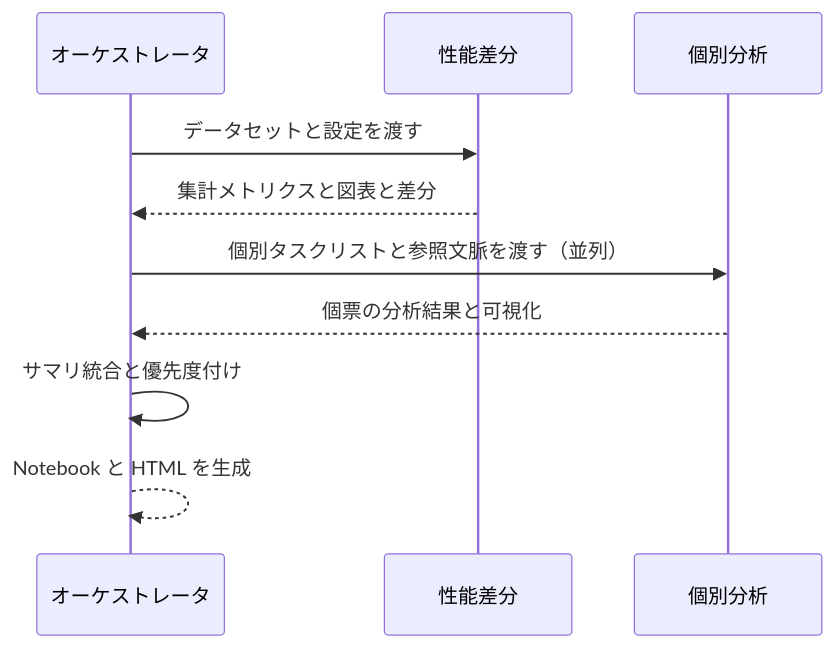
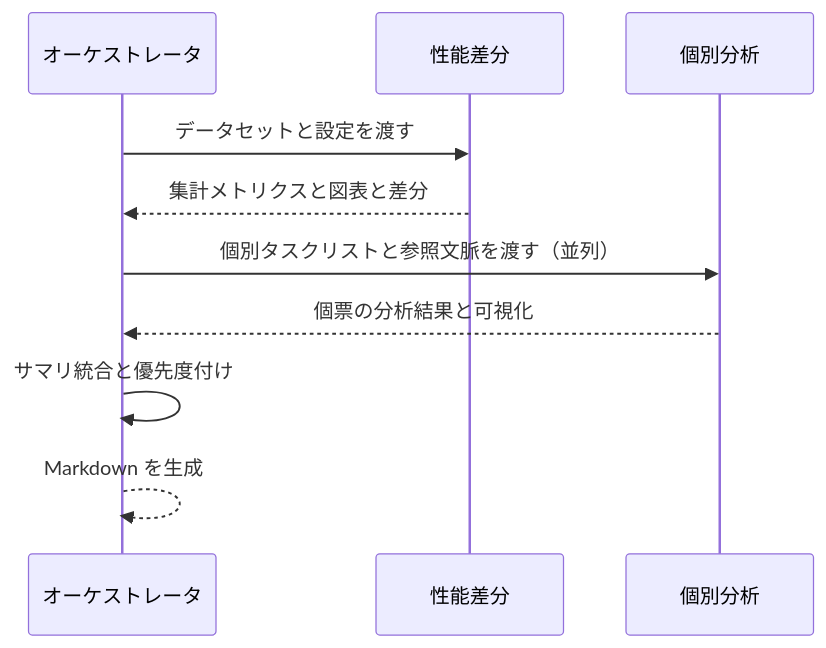
One commit to abekoki/Improve_algorithm_development changed the diagram in projects/詳細設計資料/AI分析エンジン/制御・最終レポートエージェント仕様.md. Above: the diagram before and after it, drawn with Mermaid. The commit also changed other lines of this file and 2 other files, not shown here.

````diff
--- a/projects/詳細設計資料/AI分析エンジン/制御・最終レポートエージェント仕様.md
+++ b/projects/詳細設計資料/AI分析エンジン/制御・最終レポートエージェント仕様.md
@@ -40,13 +40,13 @@
 ```mermaid
 sequenceDiagram
     participant O as オーケストレータ
     participant P as 性能差分
     participant I as 個別分析
 
     O->>P: データセットと設定を渡す
     P-->>O: 集計メトリクスと図表と差分
     O->>I: 個別タスクリストと参照文脈を渡す（並列）
     I-->>O: 個票の分析結果と可視化
     O->>O: サマリ統合と優先度付け
-    O-->>O: Notebook と HTML を生成
+    O-->>O: Markdown を生成
 ```
````
